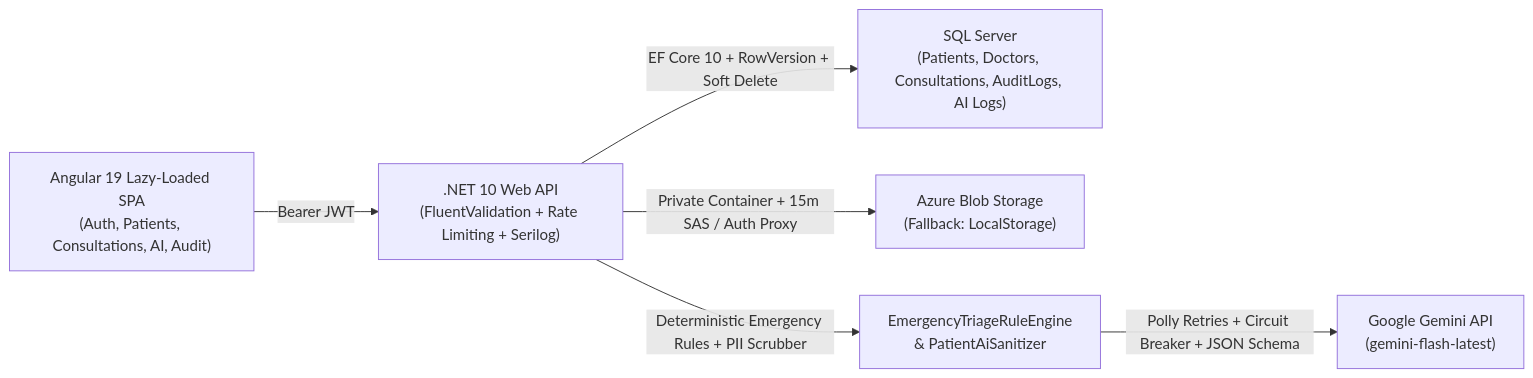
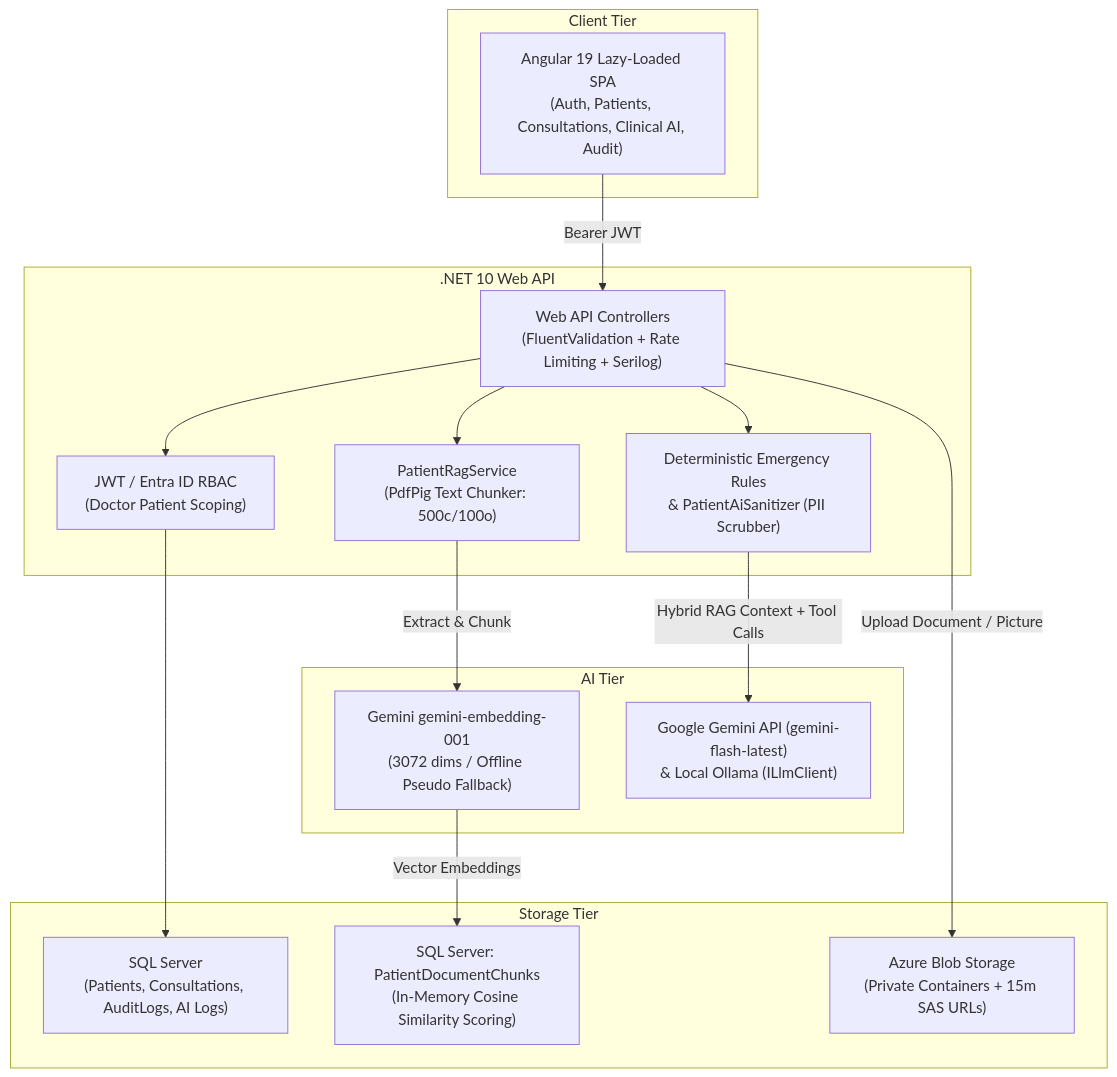
Before and after one commit to kuldipmehta/PatientconsulationswithAI: the diagram in README.md, drawn with Mermaid. The commit also changed other lines of this file and 1 other file, not shown here.

Commit message:
docs: apply PDF review updates to README and add Tele-MANAS helpline to emergency triage rule

````diff
--- a/README.md
+++ b/README.md
@@ -9,8 +17,34 @@
 ```mermaid
-flowchart LR
-    UI["Angular 19 Lazy-Loaded SPA\n(Auth, Patients, Consultations, AI, Audit)"] -->|Bearer JWT| API[".NET 10 Web API\n(FluentValidation + Rate Limiting + Serilog)"]
-    API -->|EF Core 10 + RowVersion + Soft Delete| DB["SQL Server\n(Patients, Doctors, Consultations, AuditLogs, AI Logs)"]
-    API -->|Private Container + 15m SAS / Auth Proxy| BLOB["Azure Blob Storage\n(Fallback: LocalStorage)"]
-    API -->|Deterministic Emergency Rules + PII Scrubber| AI_SAFE["EmergencyTriageRuleEngine\n& PatientAiSanitizer"]
-    AI_SAFE -->|Polly Retries + Circuit Breaker + JSON Schema| GEMINI["Google Gemini API\n(gemini-flash-latest)"]
+flowchart TD
+    subgraph Client["Client Tier"]
+        UI["Angular 19 Lazy-Loaded SPA\n(Auth, Patients, Consultations, Clinical AI, Audit)"]
+    end
+
+    subgraph API_GW[".NET 10 Web API"]
+        API["Web API Controllers\n(FluentValidation + Rate Limiting + Serilog)"]
+        AUTH["JWT / Entra ID RBAC\n(Doctor Patient Scoping)"]
+        AI_SAFE["Deterministic Emergency Rules\n& PatientAiSanitizer (PII Scrubber)"]
+        RAG_SVC["PatientRagService\n(PdfPig Text Chunker: 500c/100o)"]
+    end
+
+    subgraph Storage["Storage Tier"]
+        DB["SQL Server\n(Patients, Consultations, AuditLogs, AI Logs)"]
+        CHUNKS["SQL Server: PatientDocumentChunks\n(In-Memory Cosine Similarity Scoring)"]
+        BLOB["Azure Blob Storage\n(Private Containers + 15m SAS URLs)"]
+    end
+
+    subgraph AI["AI Tier"]
+        EMBED["Gemini gemini-embedding-001\n(3072 dims / Offline Pseudo Fallback)"]
+        LLM["Google Gemini API (gemini-flash-latest)\n& Local Ollama (ILlmClient)"]
+    end
+
+    UI -->|Bearer JWT| API
+    API --> AUTH
+    AUTH --> DB
+    API -->|Upload Document / Picture| BLOB
+    API --> RAG_SVC
+    RAG_SVC -->|Extract & Chunk| EMBED
+    EMBED -->|Vector Embeddings| CHUNKS
+    API --> AI_SAFE
+    AI_SAFE -->|Hybrid RAG Context + Tool Calls| LLM
 ```
````
